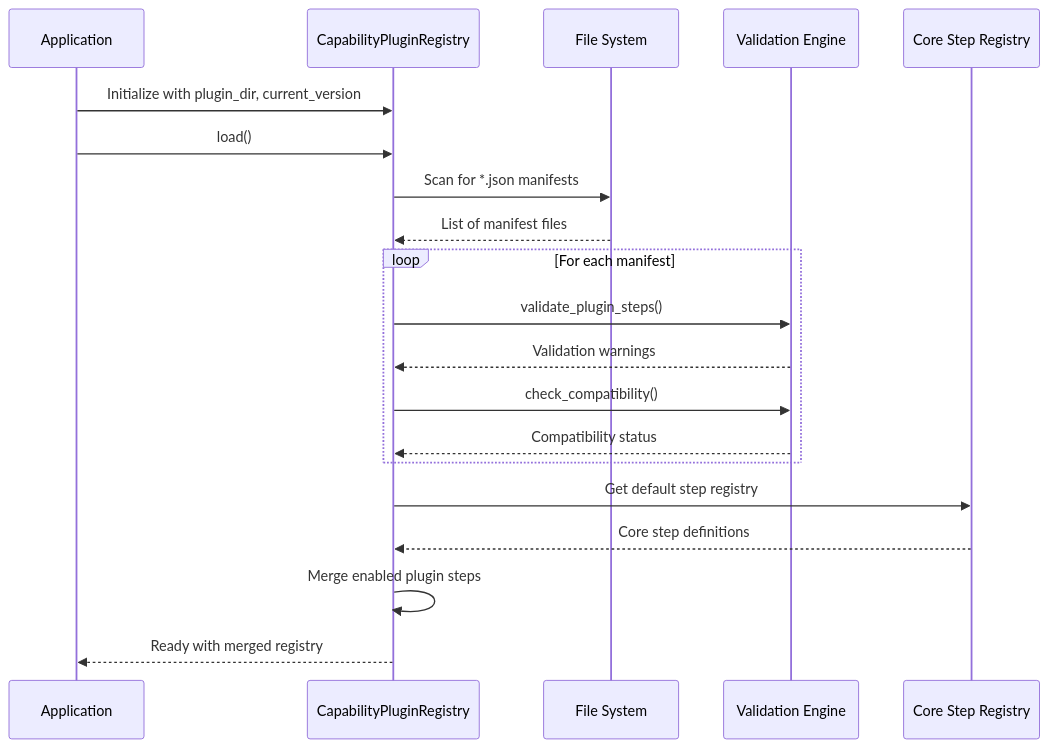
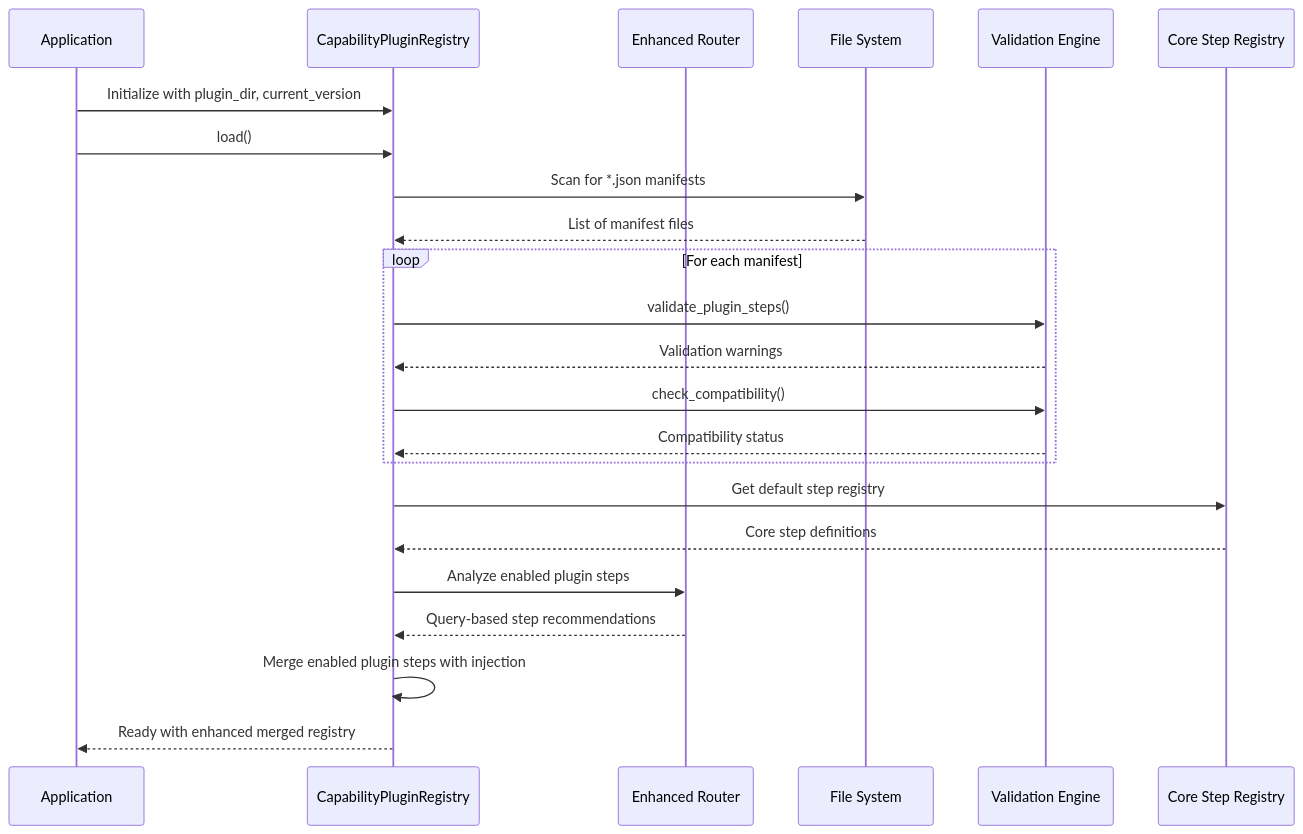
One commit to intellistream/sage-mate changed the third of 12 diagrams in .qoder/repowiki/en/content/Integration and Extensions/Capability Plugin System.md. Above: the diagram before and after it, drawn with Mermaid. The commit also changed other lines of this file and 136 other files, not shown here.

First line of the commit message:
chore: source updates, bidirectional link graph, data and repowiki refresh

````diff
--- a/.qoder/repowiki/en/content/Integration and Extensions/Capability Plugin System.md
+++ b/.qoder/repowiki/en/content/Integration and Extensions/Capability Plugin System.md
@@ -137,22 +170,25 @@
 ```mermaid
 sequenceDiagram
 participant App as Application
 participant Registry as CapabilityPluginRegistry
+participant Router as Enhanced Router
 participant FS as File System
 participant Validator as Validation Engine
 participant Core as Core Step Registry
 App->>Registry : Initialize with plugin_dir, current_version
 App->>Registry : load()
 Registry->>FS : Scan for *.json manifests
 FS-->>Registry : List of manifest files
 loop For each manifest
 Registry->>Validator : validate_plugin_steps()
 Validator-->>Registry : Validation warnings
 Registry->>Validator : check_compatibility()
 Validator-->>Registry : Compatibility status
 end
 Registry->>Core : Get default step registry
 Core-->>Registry : Core step definitions
-Registry->>Registry : Merge enabled plugin steps
-Registry-->>App : Ready with merged registry
+Registry->>Router : Analyze enabled plugin steps
+Router-->>Registry : Query-based step recommendations
+Registry->>Registry : Merge enabled plugin steps with injection
+Registry-->>App : Ready with enhanced merged registry
 ```
````
